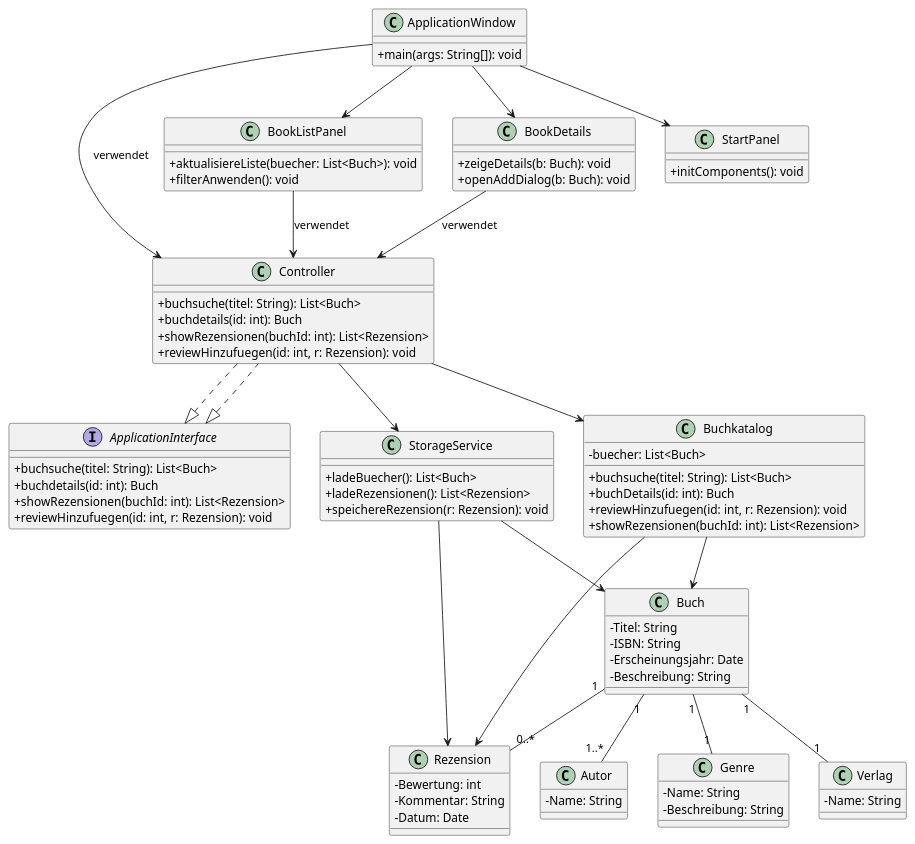
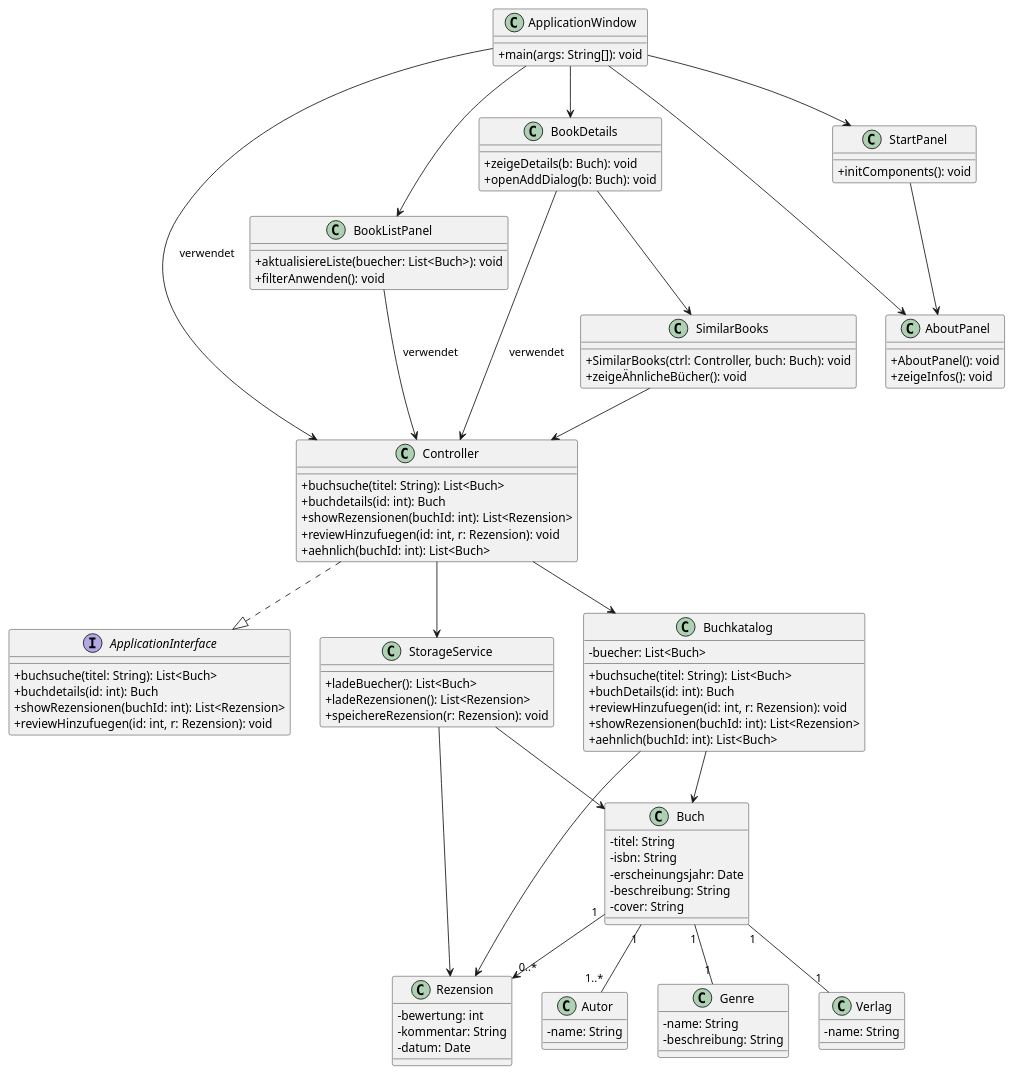
One commit to MariaRatnikova/Software-Engineering-Litera-Anwendung changed the diagram in uml_projekt/Klassendiagramm.puml. Above: the diagram before and after it, drawn with PlantUML. The commit also changed 418 other files, not shown here.

```diff
--- a/uml_projekt/Klassendiagramm.puml
+++ b/uml_projekt/Klassendiagramm.puml
@@ -1,97 +1,121 @@
 @startuml Klassendiagramm
 skinparam classAttributeIconSize 0
+
+' ==== GUI-Klassen ====
 class ApplicationWindow {
   +main(args: String[]): void
 }
 
 class BookListPanel {
   +aktualisiereListe(buecher: List<Buch>): void
   +filterAnwenden(): void
 }
 
 class BookDetails {
   +zeigeDetails(b: Buch): void
   +openAddDialog(b: Buch): void
 }
 
 class StartPanel {
   +initComponents(): void
 }
 
+class SimilarBooks {
+  +SimilarBooks(ctrl: Controller, buch: Buch): void
+  +zeigeÄhnlicheBücher(): void
+}
+
+class AboutPanel {
+  +AboutPanel(): void
+  +zeigeInfos(): void
+}
+
+' ==== Verbindungen ====
 ApplicationWindow --> BookListPanel
 ApplicationWindow --> BookDetails
 ApplicationWindow --> StartPanel
+ApplicationWindow --> AboutPanel
 ApplicationWindow --> Controller : verwendet
+
+StartPanel --> AboutPanel
+BookDetails --> SimilarBooks
 BookListPanel --> Controller : verwendet
 BookDetails --> Controller : verwendet
+SimilarBooks --> Controller
 
-Controller ..|> ApplicationInterface
-
+' ==== Interfaces & Implementierung ====
 interface ApplicationInterface {
   +buchsuche(titel: String): List<Buch>
   +buchdetails(id: int): Buch
   +showRezensionen(buchId: int): List<Rezension>
   +reviewHinzufuegen(id: int, r: Rezension): void
 }
 
-class Controller implements ApplicationInterface {
+Controller ..|> ApplicationInterface
+
+class Controller {
   +buchsuche(titel: String): List<Buch>
   +buchdetails(id: int): Buch
   +showRezensionen(buchId: int): List<Rezension>
   +reviewHinzufuegen(id: int, r: Rezension): void
+  +aehnlich(buchId: int): List<Buch>
 }
 
+' ==== Backend / Logik ====
 class Buchkatalog {
   - buecher: List<Buch>
-  + buchsuche(titel: String): List<Buch>
-  + buchDetails(id: int): Buch
-  + reviewHinzufuegen(id: int, r: Rezension): void
-  + showRezensionen(buchId: int): List<Rezension>
+  +buchsuche(titel: String): List<Buch>
+  +buchDetails(id: int): Buch
+  +reviewHinzufuegen(id: int, r: Rezension): void
+  +showRezensionen(buchId: int): List<Rezension>
+  +aehnlich(buchId: int): List<Buch>
 }
 
 class StorageService {
-  + ladeBuecher(): List<Buch>
-  + ladeRezensionen(): List<Rezension>
-  + speichereRezension(r: Rezension): void
+  +ladeBuecher(): List<Buch>
+  +ladeRezensionen(): List<Rezension>
+  +speichereRezension(r: Rezension): void
 }
 
+' ==== Datenklassen ====
 class Buch {
-  - Titel: String
-  - ISBN: String
-  - Erscheinungsjahr: Date
-  - Beschreibung: String
+  -titel: String
+  -isbn: String
+  -erscheinungsjahr: Date
+  -beschreibung: String
+  -cover: String
 }
 
 class Autor {
-  - Name: String
+  -name: String
 }
 
 class Genre {
-  - Name: String
-  - Beschreibung: String
+  -name: String
+  -beschreibung: String
 }
 
-
 class Verlag {
-  - Name: String
+  -name: String
 }
 
 class Rezension {
-  - Bewertung: int
-  - Kommentar: String
-  - Datum: Date
+  -bewertung: int
+  -kommentar: String
+  -datum: Date
 }
 
-' Beziehungen
+' ==== Beziehungen ====
+Controller --> Buchkatalog
+Controller --> StorageService
+Buchkatalog --> Buch
+Buchkatalog --> Rezension
+StorageService --> Buch
+StorageService --> Rezension
+
 Buch "1" -- "1..*" Autor
 Buch "1" -- "1" Genre
 Buch "1" -- "1" Verlag
-Buch "1" -- "0..*" Rezension
+Buch "1" --> "0..*" Rezension
 
-Controller --> Buchkatalog
-Controller --> StorageService
-StorageService --> Buch
-StorageService --> Rezension
-Buchkatalog --> Buch
-Buchkatalog --> Rezension
 @enduml
```
